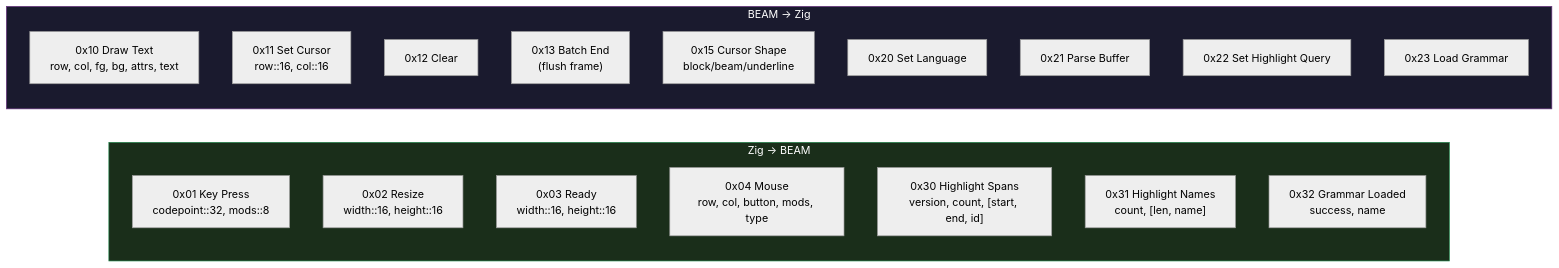
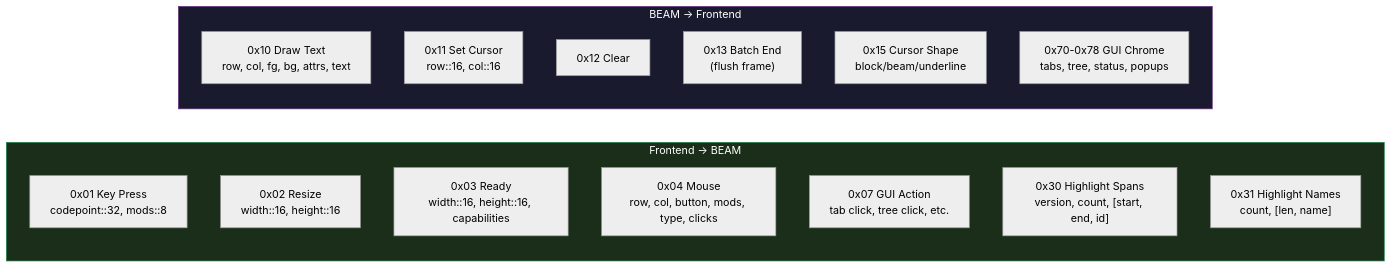
The seventh of 10 diagrams in docs/ARCHITECTURE.md (jsmestad/minga), drawn with Mermaid (neutral theme) before and after one commit. The commit also changed other lines of this file and 4 other files, not shown here.

First line of the commit message:
docs: update architecture and agent docs for GUI-first strategy

````diff
--- a/docs/ARCHITECTURE.md
+++ b/docs/ARCHITECTURE.md
@@ -272,27 +310,24 @@
 ```mermaid
 graph LR
-    subgraph ZigToBEAM["Zig → BEAM"]
+    subgraph FrontendToBEAM["Frontend → BEAM"]
         K["0x01 Key Press<br/>codepoint::32, mods::8"]
         R["0x02 Resize<br/>width::16, height::16"]
-        RDY["0x03 Ready<br/>width::16, height::16"]
-        M["0x04 Mouse<br/>row, col, button, mods, type"]
+        RDY["0x03 Ready<br/>width::16, height::16, capabilities"]
+        M["0x04 Mouse<br/>row, col, button, mods, type, clicks"]
+        GA["0x07 GUI Action<br/>tab click, tree click, etc."]
         HS["0x30 Highlight Spans<br/>version, count, [start, end, id]"]
         HN["0x31 Highlight Names<br/>count, [len, name]"]
-        GL["0x32 Grammar Loaded<br/>success, name"]
     end
 
-    subgraph BEAMToZig["BEAM → Zig"]
+    subgraph BEAMToFrontend["BEAM → Frontend"]
         DT["0x10 Draw Text<br/>row, col, fg, bg, attrs, text"]
         SC["0x11 Set Cursor<br/>row::16, col::16"]
         CL["0x12 Clear"]
         BE["0x13 Batch End<br/>(flush frame)"]
         CS["0x15 Cursor Shape<br/>block/beam/underline"]
-        SL["0x20 Set Language"]
-        PB["0x21 Parse Buffer"]
-        SH["0x22 Set Highlight Query"]
-        LG["0x23 Load Grammar"]
+        GUI["0x70-0x78 GUI Chrome<br/>tabs, tree, status, popups"]
     end
 
-    style ZigToBEAM fill:#1a2e1a,stroke:#1e8449,color:#fff
-    style BEAMToZig fill:#1a1a2e,stroke:#6c3483,color:#fff
+    style FrontendToBEAM fill:#1a2e1a,stroke:#1e8449,color:#fff
+    style BEAMToFrontend fill:#1a1a2e,stroke:#6c3483,color:#fff
 ```
````
